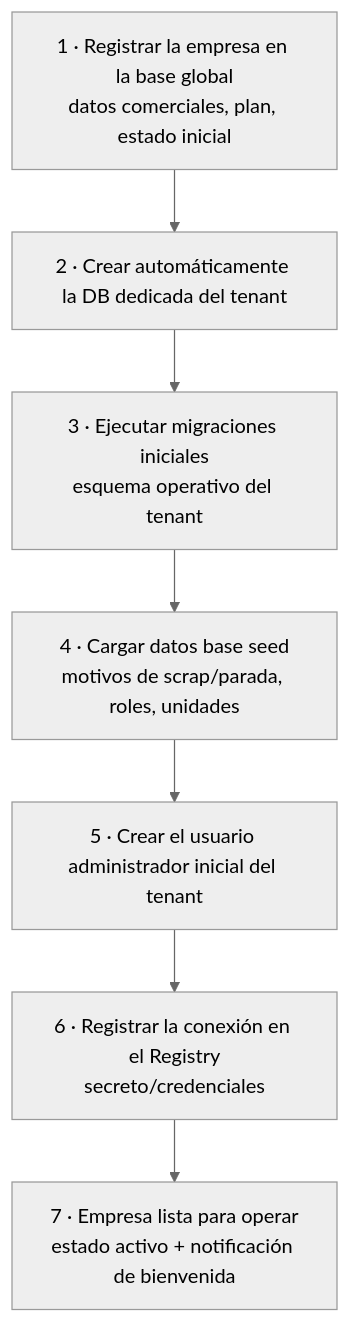
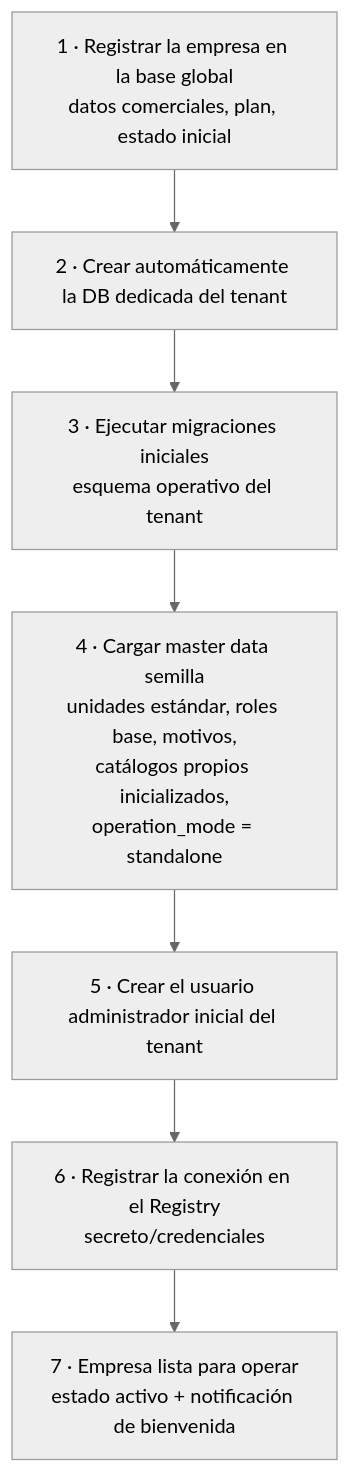
One commit to buttiepedro/mes changed the first of 3 diagrams in docs/specs/roadmap/milestones.md. Above: the diagram before and after it, drawn with Mermaid (neutral theme). The commit also changed other lines of this file and 17 other files, not shown here.

````diff
--- a/docs/specs/roadmap/milestones.md
+++ b/docs/specs/roadmap/milestones.md
@@ -37,11 +45,11 @@
 ```mermaid
 flowchart TD
     P1[1 · Registrar la empresa en la base global<br/>datos comerciales, plan, estado inicial]
     P2[2 · Crear automáticamente la DB dedicada del tenant]
     P3[3 · Ejecutar migraciones iniciales<br/>esquema operativo del tenant]
-    P4[4 · Cargar datos base seed<br/>motivos de scrap/parada, roles, unidades]
+    P4[4 · Cargar master data semilla<br/>unidades estándar, roles base, motivos,<br/>catálogos propios inicializados,<br/>operation_mode = standalone]
     P5[5 · Crear el usuario administrador inicial del tenant]
     P6[6 · Registrar la conexión en el Registry<br/>secreto/credenciales]
     P7[7 · Empresa lista para operar<br/>estado activo + notificación de bienvenida]
     P1 --> P2 --> P3 --> P4 --> P5 --> P6 --> P7
 ```
````
